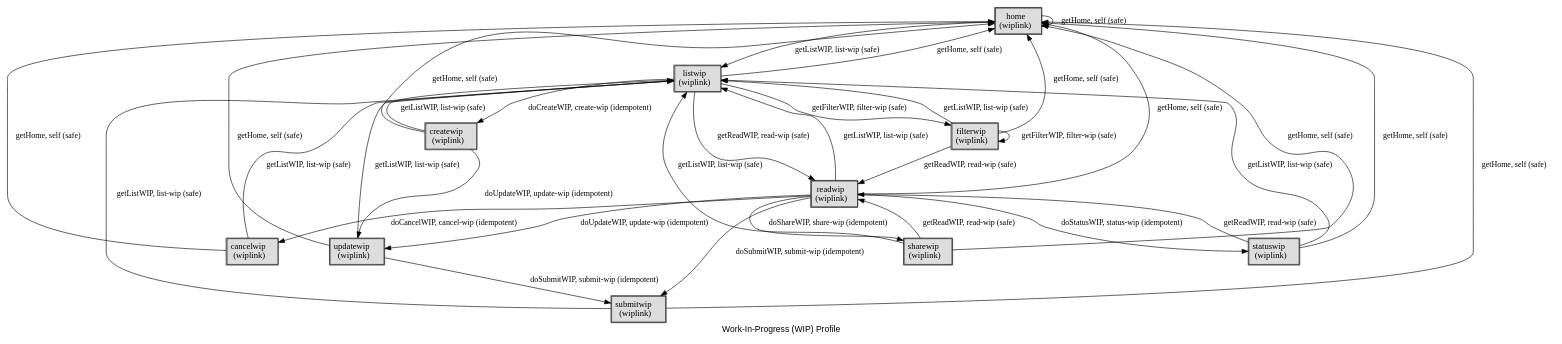
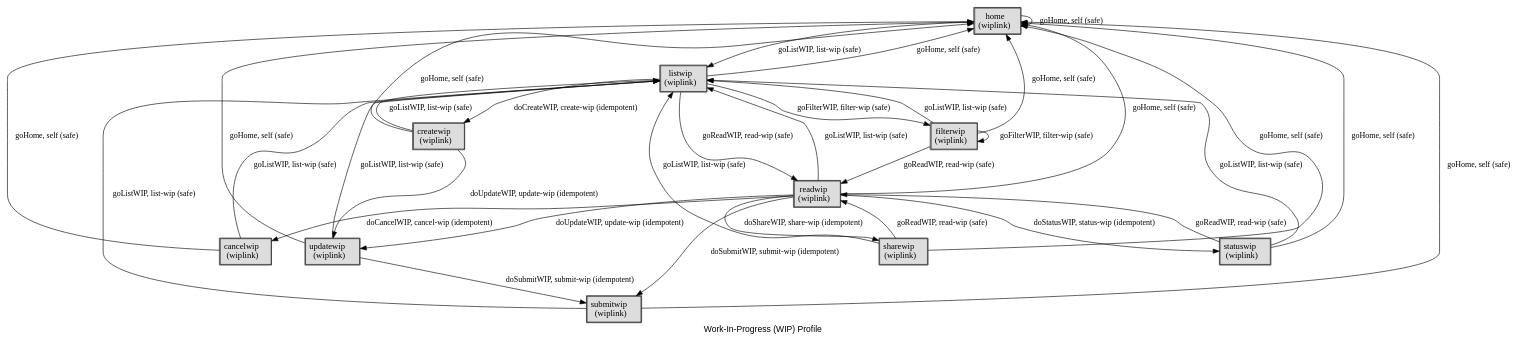
The diagram in docs/wip/wip.dot (webapicookbook/alps-documents), drawn with Graphviz before and after one commit. The commit also changed 109 other files, not shown here.

```diff
--- a/docs/wip/wip.dot
+++ b/docs/wip/wip.dot
@@ -1,56 +1,56 @@
 digraph application_state_diagram {
   graph [
     labelloc="b";
     fontname="Helvetica"
     label="Work-In-Progress (WIP) Profile";
     URL="index.html" target="_parent"
   ];
   node [shape = box, style = "bold,filled"];
 
     home [style=solid, margin=0.02, label=<<table cellspacing="0" cellpadding="5" cellborder="1" border="0"><tr><td bgcolor="#dddddd">home<br />(wiplink)<br /></td></tr></table>>,shape=box URL="docs/semantic.home.html" target="_parent"]
     listwip [style=solid, margin=0.02, label=<<table cellspacing="0" cellpadding="5" cellborder="1" border="0"><tr><td bgcolor="#dddddd">listwip<br />(wiplink)<br /></td></tr></table>>,shape=box URL="docs/semantic.listwip.html" target="_parent"]
     createwip [style=solid, margin=0.02, label=<<table cellspacing="0" cellpadding="5" cellborder="1" border="0"><tr><td bgcolor="#dddddd">createwip<br />(wiplink)<br /></td></tr></table>>,shape=box URL="docs/semantic.createwip.html" target="_parent"]
     readwip [style=solid, margin=0.02, label=<<table cellspacing="0" cellpadding="5" cellborder="1" border="0"><tr><td bgcolor="#dddddd">readwip<br />(wiplink)<br /></td></tr></table>>,shape=box URL="docs/semantic.readwip.html" target="_parent"]
     updatewip [style=solid, margin=0.02, label=<<table cellspacing="0" cellpadding="5" cellborder="1" border="0"><tr><td bgcolor="#dddddd">updatewip<br />(wiplink)<br /></td></tr></table>>,shape=box URL="docs/semantic.updatewip.html" target="_parent"]
     submitwip [style=solid, margin=0.02, label=<<table cellspacing="0" cellpadding="5" cellborder="1" border="0"><tr><td bgcolor="#dddddd">submitwip<br />(wiplink)<br /></td></tr></table>>,shape=box URL="docs/semantic.submitwip.html" target="_parent"]
     cancelwip [style=solid, margin=0.02, label=<<table cellspacing="0" cellpadding="5" cellborder="1" border="0"><tr><td bgcolor="#dddddd">cancelwip<br />(wiplink)<br /></td></tr></table>>,shape=box URL="docs/semantic.cancelwip.html" target="_parent"]
     filterwip [style=solid, margin=0.02, label=<<table cellspacing="0" cellpadding="5" cellborder="1" border="0"><tr><td bgcolor="#dddddd">filterwip<br />(wiplink)<br /></td></tr></table>>,shape=box URL="docs/semantic.filterwip.html" target="_parent"]
     sharewip [style=solid, margin=0.02, label=<<table cellspacing="0" cellpadding="5" cellborder="1" border="0"><tr><td bgcolor="#dddddd">sharewip<br />(wiplink)<br /></td></tr></table>>,shape=box URL="docs/semantic.sharewip.html" target="_parent"]
     statuswip [style=solid, margin=0.02, label=<<table cellspacing="0" cellpadding="5" cellborder="1" border="0"><tr><td bgcolor="#dddddd">statuswip<br />(wiplink)<br /></td></tr></table>>,shape=box URL="docs/semantic.statuswip.html" target="_parent"]
 
-    home -> listwip [label = "getListWIP, list-wip (safe)" URL="docs/safe.getListWIP.html" target="_parent" fontsize=13];
-    home -> home [label = "getHome, self (safe)" URL="docs/safe.getHome.html" target="_parent" fontsize=13];
-    listwip -> filterwip [label = "getFilterWIP, filter-wip (safe)" URL="docs/safe.getFilterWIP.html" target="_parent" fontsize=13];
-    listwip -> readwip [label = "getReadWIP, read-wip (safe)" URL="docs/safe.getReadWIP.html" target="_parent" fontsize=13];
+    home -> listwip [label = "goListWIP, list-wip (safe)" URL="docs/safe.goListWIP.html" target="_parent" fontsize=13];
+    home -> home [label = "goHome, self (safe)" URL="docs/safe.goHome.html" target="_parent" fontsize=13];
+    listwip -> filterwip [label = "goFilterWIP, filter-wip (safe)" URL="docs/safe.goFilterWIP.html" target="_parent" fontsize=13];
+    listwip -> readwip [label = "goReadWIP, read-wip (safe)" URL="docs/safe.goReadWIP.html" target="_parent" fontsize=13];
     listwip -> createwip [label = "doCreateWIP, create-wip (idempotent)" URL="docs/idempotent.doCreateWIP.html" target="_parent" fontsize=13];
-    listwip -> home [label = "getHome, self (safe)" URL="docs/safe.getHome.html" target="_parent" fontsize=13];
+    listwip -> home [label = "goHome, self (safe)" URL="docs/safe.goHome.html" target="_parent" fontsize=13];
     createwip -> updatewip [label = "doUpdateWIP, update-wip (idempotent)" URL="docs/idempotent.doUpdateWIP.html" target="_parent" fontsize=13];
-    createwip -> listwip [label = "getListWIP, list-wip (safe)" URL="docs/safe.getListWIP.html" target="_parent" fontsize=13];
-    createwip -> home [label = "getHome, self (safe)" URL="docs/safe.getHome.html" target="_parent" fontsize=13];
+    createwip -> listwip [label = "goListWIP, list-wip (safe)" URL="docs/safe.goListWIP.html" target="_parent" fontsize=13];
+    createwip -> home [label = "goHome, self (safe)" URL="docs/safe.goHome.html" target="_parent" fontsize=13];
     readwip -> sharewip [label = "doShareWIP, share-wip (idempotent)" URL="docs/idempotent.doShareWIP.html" target="_parent" fontsize=13];
     readwip -> updatewip [label = "doUpdateWIP, update-wip (idempotent)" URL="docs/idempotent.doUpdateWIP.html" target="_parent" fontsize=13];
     readwip -> submitwip [label = "doSubmitWIP, submit-wip (idempotent)" URL="docs/idempotent.doSubmitWIP.html" target="_parent" fontsize=13];
     readwip -> cancelwip [label = "doCancelWIP, cancel-wip (idempotent)" URL="docs/idempotent.doCancelWIP.html" target="_parent" fontsize=13];
     readwip -> statuswip [label = "doStatusWIP, status-wip (idempotent)" URL="docs/idempotent.doStatusWIP.html" target="_parent" fontsize=13];
-    readwip -> listwip [label = "getListWIP, list-wip (safe)" URL="docs/safe.getListWIP.html" target="_parent" fontsize=13];
-    readwip -> home [label = "getHome, self (safe)" URL="docs/safe.getHome.html" target="_parent" fontsize=13];
+    readwip -> listwip [label = "goListWIP, list-wip (safe)" URL="docs/safe.goListWIP.html" target="_parent" fontsize=13];
+    readwip -> home [label = "goHome, self (safe)" URL="docs/safe.goHome.html" target="_parent" fontsize=13];
     updatewip -> submitwip [label = "doSubmitWIP, submit-wip (idempotent)" URL="docs/idempotent.doSubmitWIP.html" target="_parent" fontsize=13];
-    updatewip -> listwip [label = "getListWIP, list-wip (safe)" URL="docs/safe.getListWIP.html" target="_parent" fontsize=13];
-    updatewip -> home [label = "getHome, self (safe)" URL="docs/safe.getHome.html" target="_parent" fontsize=13];
-    submitwip -> listwip [label = "getListWIP, list-wip (safe)" URL="docs/safe.getListWIP.html" target="_parent" fontsize=13];
-    submitwip -> home [label = "getHome, self (safe)" URL="docs/safe.getHome.html" target="_parent" fontsize=13];
-    cancelwip -> listwip [label = "getListWIP, list-wip (safe)" URL="docs/safe.getListWIP.html" target="_parent" fontsize=13];
-    cancelwip -> home [label = "getHome, self (safe)" URL="docs/safe.getHome.html" target="_parent" fontsize=13];
-    filterwip -> home [label = "getHome, self (safe)" URL="docs/safe.getHome.html" target="_parent" fontsize=13];
-    filterwip -> listwip [label = "getListWIP, list-wip (safe)" URL="docs/safe.getListWIP.html" target="_parent" fontsize=13];
-    filterwip -> filterwip [label = "getFilterWIP, filter-wip (safe)" URL="docs/safe.getFilterWIP.html" target="_parent" fontsize=13];
-    filterwip -> readwip [label = "getReadWIP, read-wip (safe)" URL="docs/safe.getReadWIP.html" target="_parent" fontsize=13];
-    sharewip -> readwip [label = "getReadWIP, read-wip (safe)" URL="docs/safe.getReadWIP.html" target="_parent" fontsize=13];
-    sharewip -> listwip [label = "getListWIP, list-wip (safe)" URL="docs/safe.getListWIP.html" target="_parent" fontsize=13];
-    sharewip -> home [label = "getHome, self (safe)" URL="docs/safe.getHome.html" target="_parent" fontsize=13];
-    statuswip -> readwip [label = "getReadWIP, read-wip (safe)" URL="docs/safe.getReadWIP.html" target="_parent" fontsize=13];
-    statuswip -> listwip [label = "getListWIP, list-wip (safe)" URL="docs/safe.getListWIP.html" target="_parent" fontsize=13];
-    statuswip -> home [label = "getHome, self (safe)" URL="docs/safe.getHome.html" target="_parent" fontsize=13];
+    updatewip -> listwip [label = "goListWIP, list-wip (safe)" URL="docs/safe.goListWIP.html" target="_parent" fontsize=13];
+    updatewip -> home [label = "goHome, self (safe)" URL="docs/safe.goHome.html" target="_parent" fontsize=13];
+    submitwip -> listwip [label = "goListWIP, list-wip (safe)" URL="docs/safe.goListWIP.html" target="_parent" fontsize=13];
+    submitwip -> home [label = "goHome, self (safe)" URL="docs/safe.goHome.html" target="_parent" fontsize=13];
+    cancelwip -> listwip [label = "goListWIP, list-wip (safe)" URL="docs/safe.goListWIP.html" target="_parent" fontsize=13];
+    cancelwip -> home [label = "goHome, self (safe)" URL="docs/safe.goHome.html" target="_parent" fontsize=13];
+    filterwip -> home [label = "goHome, self (safe)" URL="docs/safe.goHome.html" target="_parent" fontsize=13];
+    filterwip -> listwip [label = "goListWIP, list-wip (safe)" URL="docs/safe.goListWIP.html" target="_parent" fontsize=13];
+    filterwip -> filterwip [label = "goFilterWIP, filter-wip (safe)" URL="docs/safe.goFilterWIP.html" target="_parent" fontsize=13];
+    filterwip -> readwip [label = "goReadWIP, read-wip (safe)" URL="docs/safe.goReadWIP.html" target="_parent" fontsize=13];
+    sharewip -> readwip [label = "goReadWIP, read-wip (safe)" URL="docs/safe.goReadWIP.html" target="_parent" fontsize=13];
+    sharewip -> listwip [label = "goListWIP, list-wip (safe)" URL="docs/safe.goListWIP.html" target="_parent" fontsize=13];
+    sharewip -> home [label = "goHome, self (safe)" URL="docs/safe.goHome.html" target="_parent" fontsize=13];
+    statuswip -> readwip [label = "goReadWIP, read-wip (safe)" URL="docs/safe.goReadWIP.html" target="_parent" fontsize=13];
+    statuswip -> listwip [label = "goListWIP, list-wip (safe)" URL="docs/safe.goListWIP.html" target="_parent" fontsize=13];
+    statuswip -> home [label = "goHome, self (safe)" URL="docs/safe.goHome.html" target="_parent" fontsize=13];
 
 
 }
```
